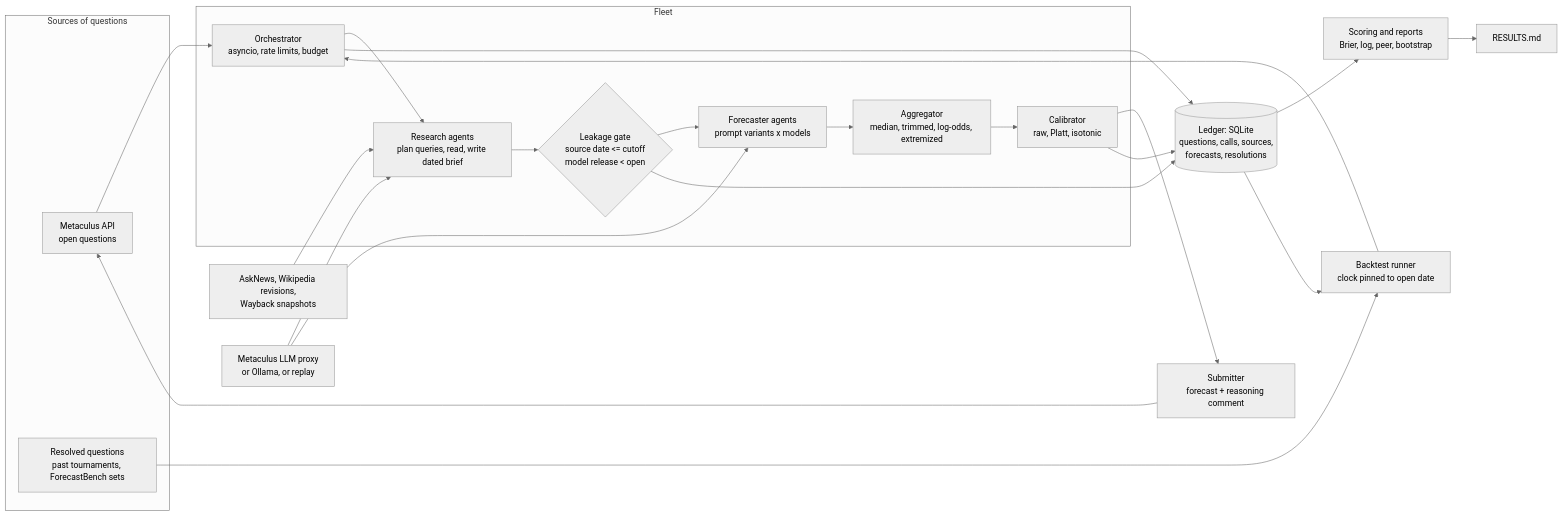
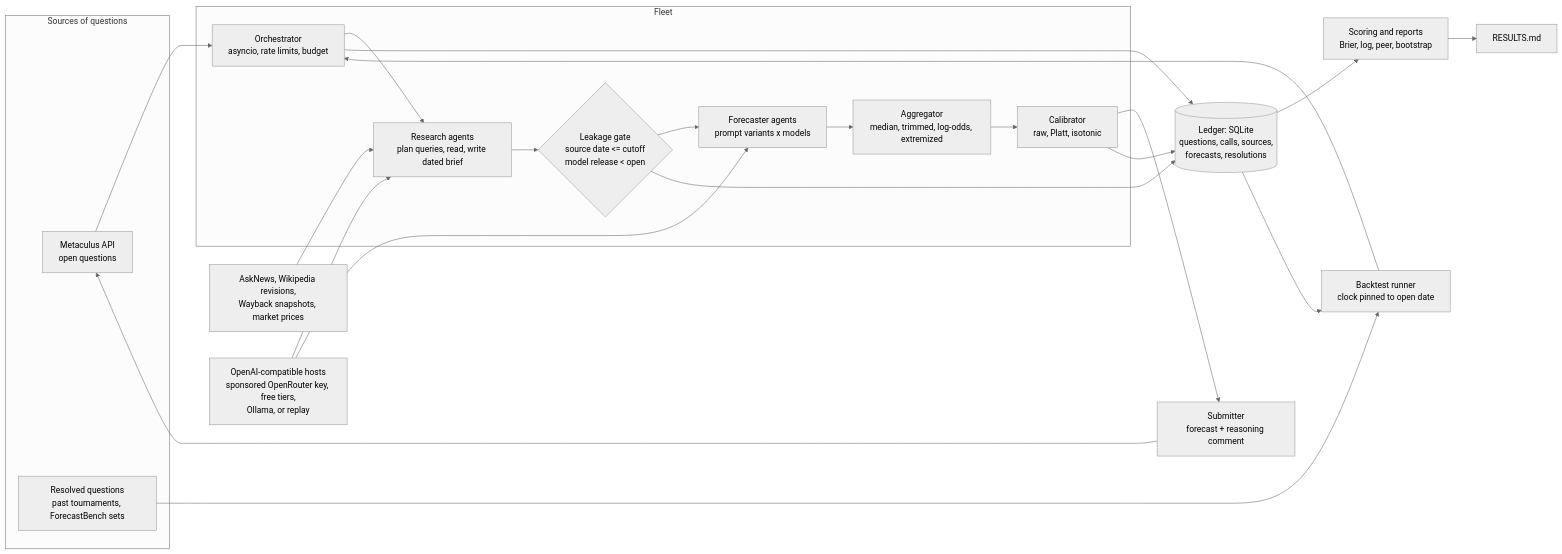
One commit to TheAsianFish/augur changed the diagram in PLAN.md. Above: the diagram before and after it, drawn with Mermaid (neutral theme). The commit also changed other lines of this file and 81 other files, not shown here.

````diff
--- a/PLAN.md
+++ b/PLAN.md
@@ -86,29 +113,29 @@
 ```mermaid
 flowchart LR
   subgraph Sources of questions
     MQ[Metaculus API<br/>open questions]
     RQ[Resolved questions<br/>past tournaments, ForecastBench sets]
   end
   MQ --> ORC
   RQ --> BT[Backtest runner<br/>clock pinned to open date]
   BT --> ORC
   subgraph Fleet
     ORC[Orchestrator<br/>asyncio, rate limits, budget]
     ORC --> RES[Research agents<br/>plan queries, read, write dated brief]
     RES --> GATE{Leakage gate<br/>source date <= cutoff<br/>model release < open}
     GATE --> FC[Forecaster agents<br/>prompt variants x models]
     FC --> AGG[Aggregator<br/>median, trimmed, log-odds, extremized]
     AGG --> CAL[Calibrator<br/>raw, Platt, isotonic]
   end
-  SRCH[AskNews, Wikipedia revisions,<br/>Wayback snapshots] --> RES
-  LLM[Metaculus LLM proxy<br/>or Ollama, or replay] --> RES
+  SRCH[AskNews, Wikipedia revisions,<br/>Wayback snapshots, market prices] --> RES
+  LLM[OpenAI-compatible hosts<br/>sponsored OpenRouter key, free tiers,<br/>Ollama, or replay] --> RES
   LLM --> FC
   CAL --> SUB[Submitter<br/>forecast + reasoning comment]
   SUB --> MQ
   ORC --> LED[(Ledger: SQLite<br/>questions, calls, sources,<br/>forecasts, resolutions)]
   GATE --> LED
   CAL --> LED
   LED --> SCORE[Scoring and reports<br/>Brier, log, peer, bootstrap]
   SCORE --> RESULTS[RESULTS.md]
   LED --> BT
 ```
````
